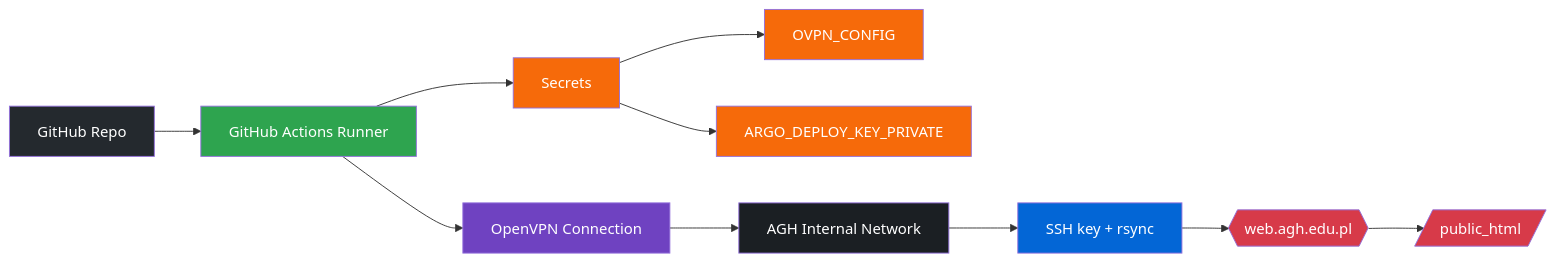
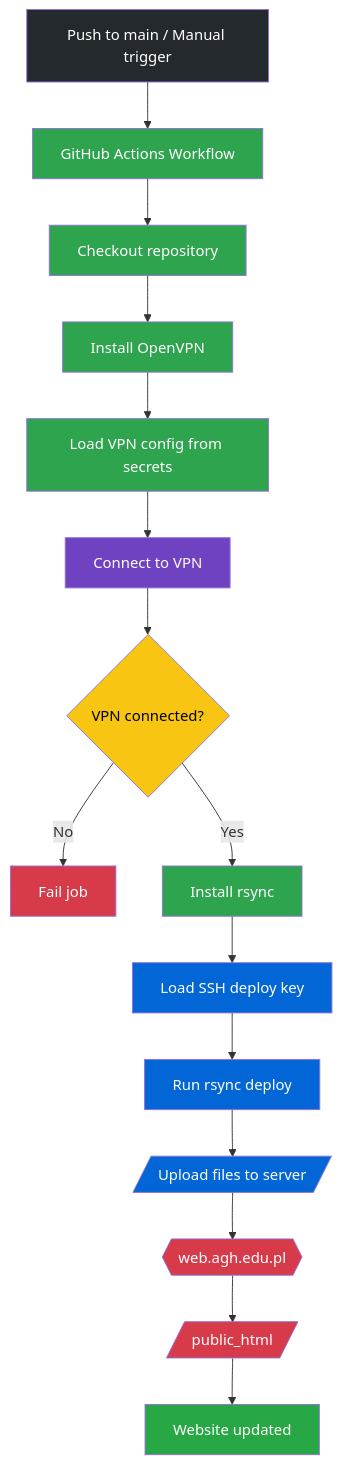
The second of 2 diagrams in README.md (AlexSzczygielski/argo_website), drawn with Mermaid before and after one commit. The commit also changed other lines of this file and 1 other file, not shown here.

````diff
--- a/README.md
+++ b/README.md
@@ -78,23 +111,26 @@
 ```mermaid
-graph LR
-    A[GitHub Repo]:::github --> B[GitHub Actions Runner]:::pipeline
-    
-    B --> C[Secrets]:::secret
-    C --> D1[OVPN_CONFIG]:::secret
-    C --> D2[ARGO_DEPLOY_KEY_PRIVATE]:::secret
-    
-    B --> E[OpenVPN Connection]:::vpn
-    E --> F[AGH Internal Network]:::network
-    
-    F --> G[SSH key + rsync]:::deploy
-    G --> H{{web.agh.edu.pl}}:::server
-    H --> I[/public_html/]:::server
+graph TD
+    A[Push to main / Manual trigger]:::github --> B[GitHub Actions Workflow]:::pipeline
+    B --> C[Checkout repository]:::pipeline
+    C --> D[Install OpenVPN]:::pipeline
+    D --> E[Load VPN config from secrets]:::pipeline
+    E --> F[Connect to VPN]:::vpn
+    F --> G{VPN connected?}:::decision
+    G -- No --> X[Fail job]:::error
+    G -- Yes --> H[Install rsync]:::pipeline
+    H --> I[Load SSH deploy key]:::deploy
+    I --> J[Run rsync deploy]:::deploy
+    J --> K[/Upload files to server/]:::deploy
+    K --> L{{web.agh.edu.pl}}:::server
+    L --> M[/public_html/]:::server
+    M --> N[Website updated]:::success
 
     classDef github fill:#24292e,color:#fff;
     classDef pipeline fill:#2ea44f,color:#fff;
     classDef vpn fill:#6f42c1,color:#fff;
     classDef deploy fill:#0366d6,color:#fff;
     classDef server fill:#d73a49,color:#fff;
-    classDef secret fill:#f66a0a,color:#fff;
-    classDef network fill:#1b1f23,color:#fff;
+    classDef decision fill:#f9c513,color:#000;
+    classDef error fill:#d73a49,color:#fff;
+    classDef success fill:#28a745,color:#fff;
 ```
````
